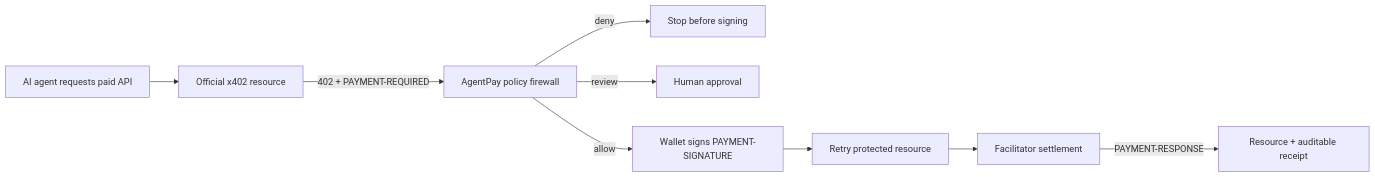
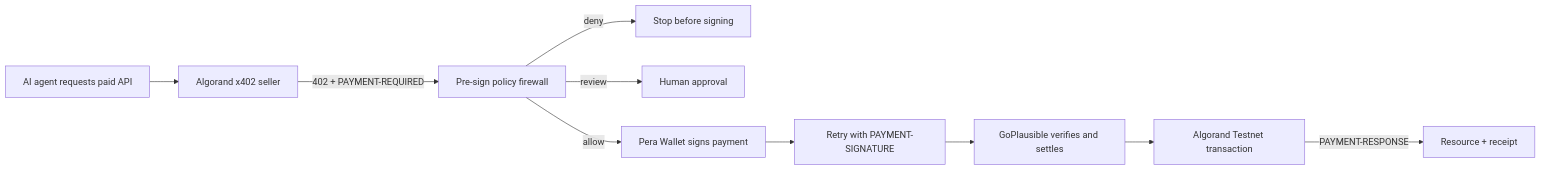
One commit to FeeeeelixWong/agentpay-firewall changed the diagram in README.md. Above: the diagram before and after it, drawn with Mermaid. The commit also changed other lines of this file and 26 other files, not shown here.

Commit message:
feat: migrate primary x402 flow to Algorand

````diff
--- a/README.md
+++ b/README.md
@@ -41,11 +47,12 @@
 ```mermaid
 flowchart LR
-  A["AI agent requests paid API"] --> B["Official x402 resource"]
-  B -->|"402 + PAYMENT-REQUIRED"| C["AgentPay policy firewall"]
+  A["AI agent requests paid API"] --> B["Algorand x402 seller"]
+  B -->|"402 + PAYMENT-REQUIRED"| C["Pre-sign policy firewall"]
   C -->|"deny"| D["Stop before signing"]
   C -->|"review"| E["Human approval"]
-  C -->|"allow"| F["Wallet signs PAYMENT-SIGNATURE"]
-  F --> G["Retry protected resource"]
-  G --> H["Facilitator settlement"]
-  H -->|"PAYMENT-RESPONSE"| I["Resource + auditable receipt"]
+  C -->|"allow"| F["Pera Wallet signs payment"]
+  F --> G["Retry with PAYMENT-SIGNATURE"]
+  G --> H["GoPlausible verifies and settles"]
+  H --> I["Algorand Testnet transaction"]
+  I -->|"PAYMENT-RESPONSE"| J["Resource + receipt"]
 ```
````
